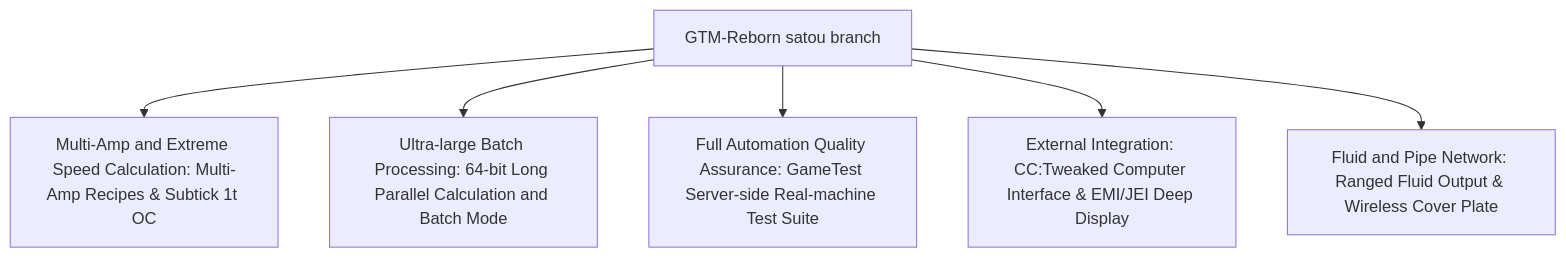
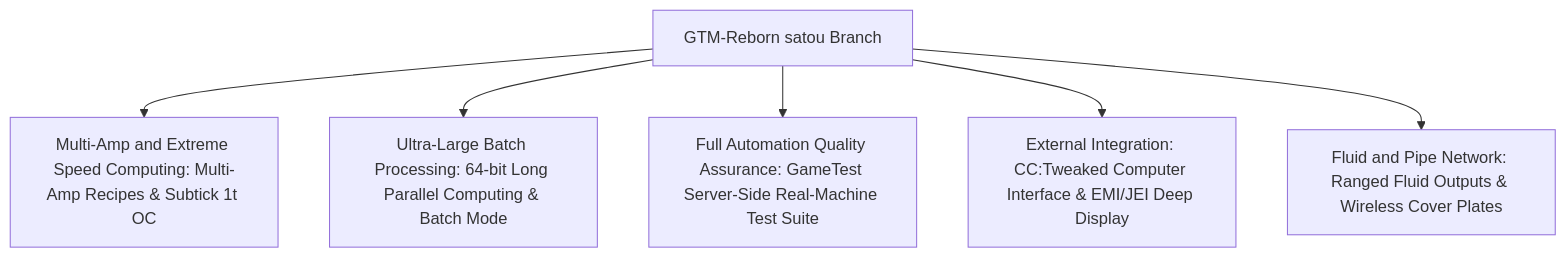
The diagram in docs/en/gtm-reborn/index.md (takanashisatou/GregtechEasy), drawn with Mermaid before and after one commit. The commit also changed other lines of this file and 144 other files, not shown here.

````diff
--- a/docs/en/gtm-reborn/index.md
+++ b/docs/en/gtm-reborn/index.md
@@ -11,8 +11,8 @@
 ```mermaid
 graph TD
-    A[GTM-Reborn satou branch] --> B[Multi-Amp and Extreme Speed Calculation: Multi-Amp Recipes & Subtick 1t OC]
-    A --> C[Ultra-large Batch Processing: 64-bit Long Parallel Calculation and Batch Mode]
-    A --> D[Full Automation Quality Assurance: GameTest Server-side Real-machine Test Suite]
+    A[GTM-Reborn satou Branch] --> B[Multi-Amp and Extreme Speed Computing: Multi-Amp Recipes & Subtick 1t OC]
+    A --> C[Ultra-Large Batch Processing: 64-bit Long Parallel Computing & Batch Mode]
+    A --> D[Full Automation Quality Assurance: GameTest Server-Side Real-Machine Test Suite]
     A --> E[External Integration: CC:Tweaked Computer Interface & EMI/JEI Deep Display]
-    A --> F[Fluid and Pipe Network: Ranged Fluid Output & Wireless Cover Plate]
+    A --> F[Fluid and Pipe Network: Ranged Fluid Outputs & Wireless Cover Plates]
 ```
````
